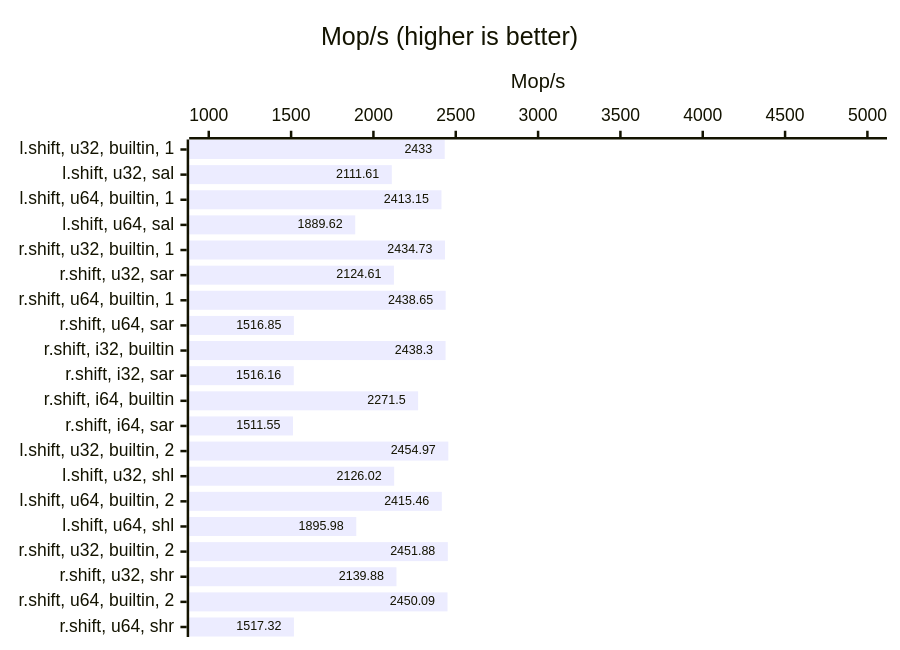
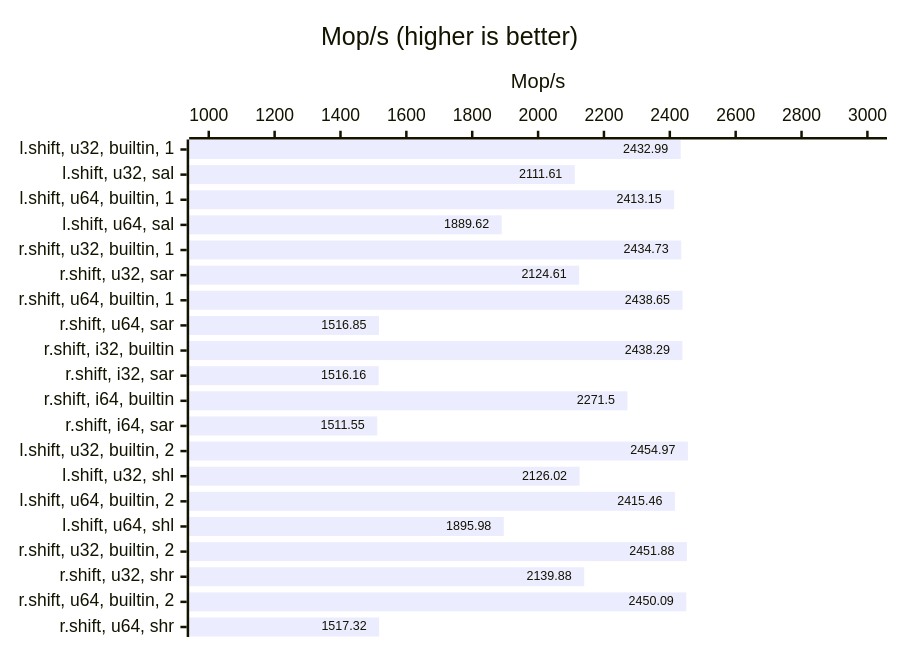
The first of 8 diagrams in Benchmarks.md (ttldtor/bits), drawn with Mermaid before and after one commit. The commit also changed other lines of this file and 1 other file, not shown here.

````diff
--- a/Benchmarks.md
+++ b/Benchmarks.md
@@ -57,15 +57,15 @@
 ```mermaid
 ---
 config:
     xyChart:
         showDataLabel: true
     yAxis:
         showLabel: false
         showAxisLine: false
 ---
 xychart-beta horizontal
 title "Mop/s (higher is better)"
-y-axis "Mop/s" 1000 --> 5000
+y-axis "Mop/s" 1000 --> 3000
 x-axis ["l.shift, u32, builtin, 1", "l.shift, u32, sal", "l.shift, u64, builtin, 1", "l.shift, u64, sal", "r.shift, u32, builtin, 1", "r.shift, u32, sar", "r.shift, u64, builtin, 1", "r.shift, u64, sar", "r.shift, i32, builtin", "r.shift, i32, sar", "r.shift, i64, builtin", "r.shift, i64, sar", "l.shift, u32, builtin, 2", "l.shift, u32, shl", "l.shift, u64, builtin, 2", "l.shift, u64, shl", "r.shift, u32, builtin, 2", "r.shift, u32, shr", "r.shift, u64, builtin, 2", "r.shift, u64, shr"]
-bar [2433, 2111.61, 2413.15, 1889.62, 2434.73, 2124.61, 2438.65, 1516.85, 2438.3, 1516.16, 2271.5, 1511.55, 2454.97, 2126.02, 2415.46, 1895.98, 2451.88, 2139.88, 2450.09, 1517.32]
+bar [2432.99, 2111.61, 2413.15, 1889.62, 2434.73, 2124.61, 2438.65, 1516.85, 2438.29, 1516.16, 2271.50, 1511.55, 2454.97, 2126.02, 2415.46, 1895.98, 2451.88, 2139.88, 2450.09, 1517.32]
 ```
````
